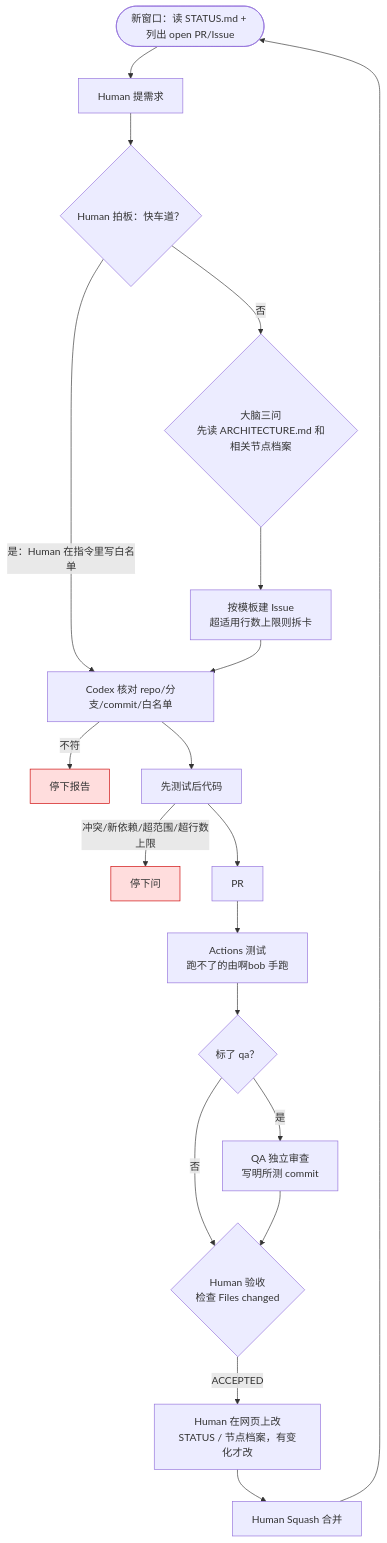
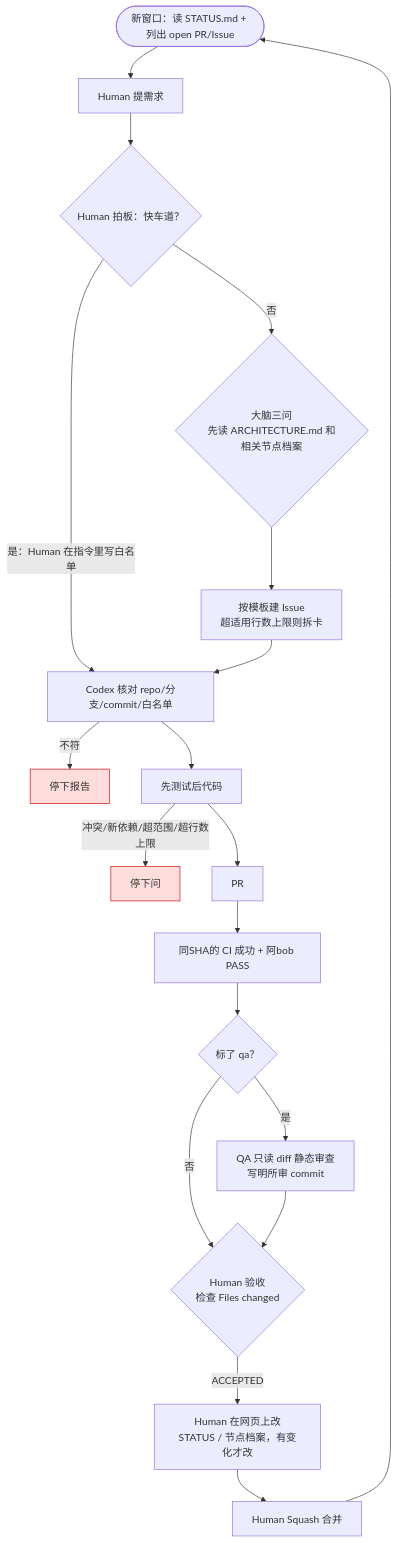
Before and after one commit to zwmhua/Solo-Flow: the diagram in WORKFLOW.md, drawn with Mermaid. The commit also changed other lines of this file and 7 other files, not shown here.

````diff
--- a/WORKFLOW.md
+++ b/WORKFLOW.md
@@ -46,24 +48,24 @@
 ```mermaid
 flowchart TD
     S([新窗口：读 STATUS.md + 列出 open PR/Issue]) --> A[Human 提需求]
     A --> FAST{Human 拍板：快车道？}
     FAST -->|是：Human 在指令里写白名单| G
     FAST -->|否| B{大脑三问<br>先读 ARCHITECTURE.md 和相关节点档案}
     B --> E[按模板建 Issue<br>超适用行数上限则拆卡]
     E --> G[Codex 核对 repo/分支/commit/白名单]
     G -->|不符| X1[停下报告]
     G --> H[先测试后代码]
     H -->|冲突/新依赖/超范围/超行数上限| X2[停下问]
     H --> P[PR]
-    P --> T[Actions 测试<br>跑不了的由啊bob 手跑]
+    P --> T[同SHA的 CI 成功 + 阿bob PASS]
     T --> Q{标了 qa？}
     Q -->|否| V
-    Q -->|是| L[QA 独立审查<br>写明所测 commit]
+    Q -->|是| L[QA 只读 diff 静态审查<br>写明所审 commit]
     L --> V{Human 验收<br>检查 Files changed}
     V -->|ACCEPTED| W[Human 在网页上改<br>STATUS / 节点档案，有变化才改]
     W --> M[Human Squash 合并]
     M --> S
 
     classDef stop fill:#fdd,stroke:#c00
     class X1,X2 stop
 ```
````
